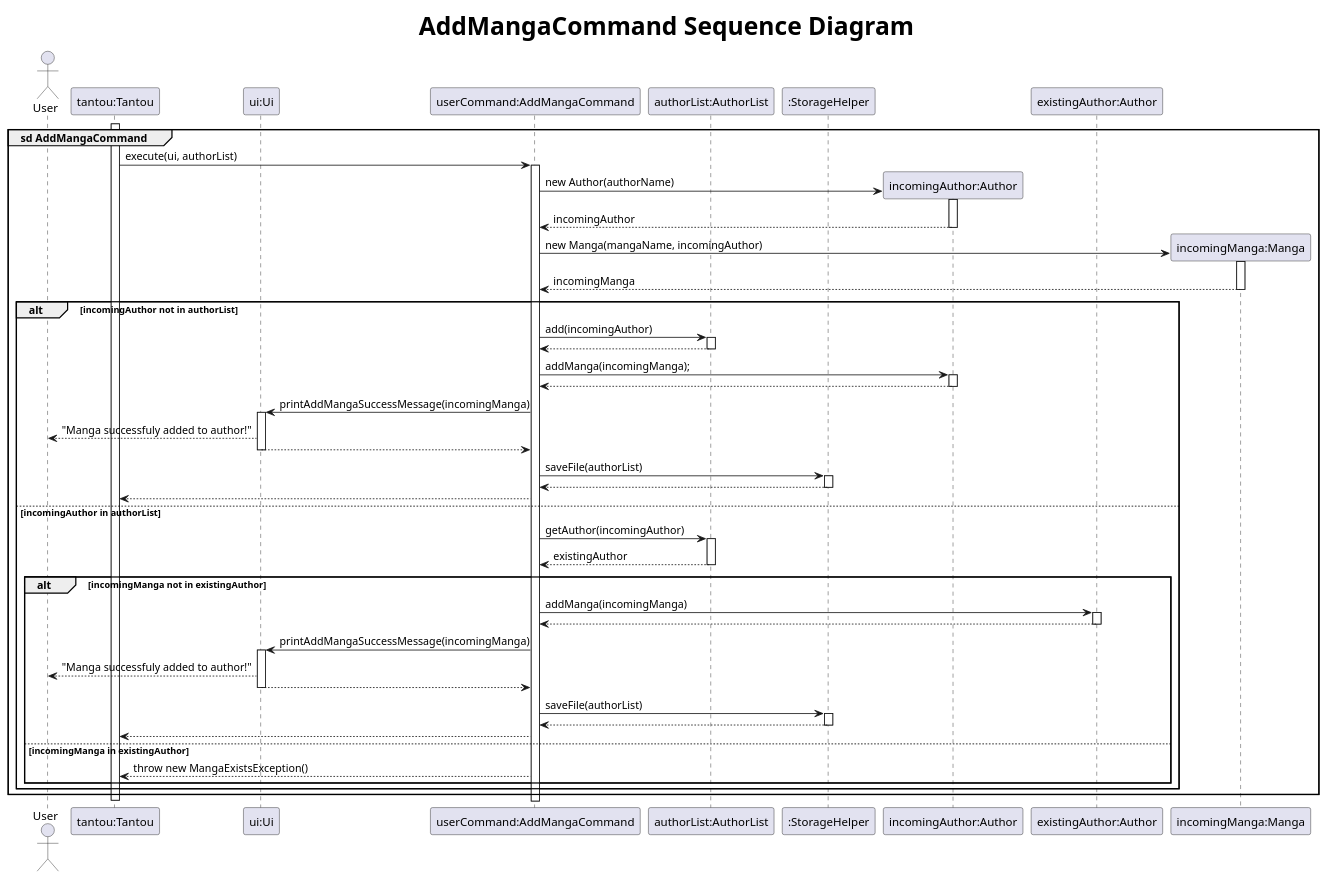
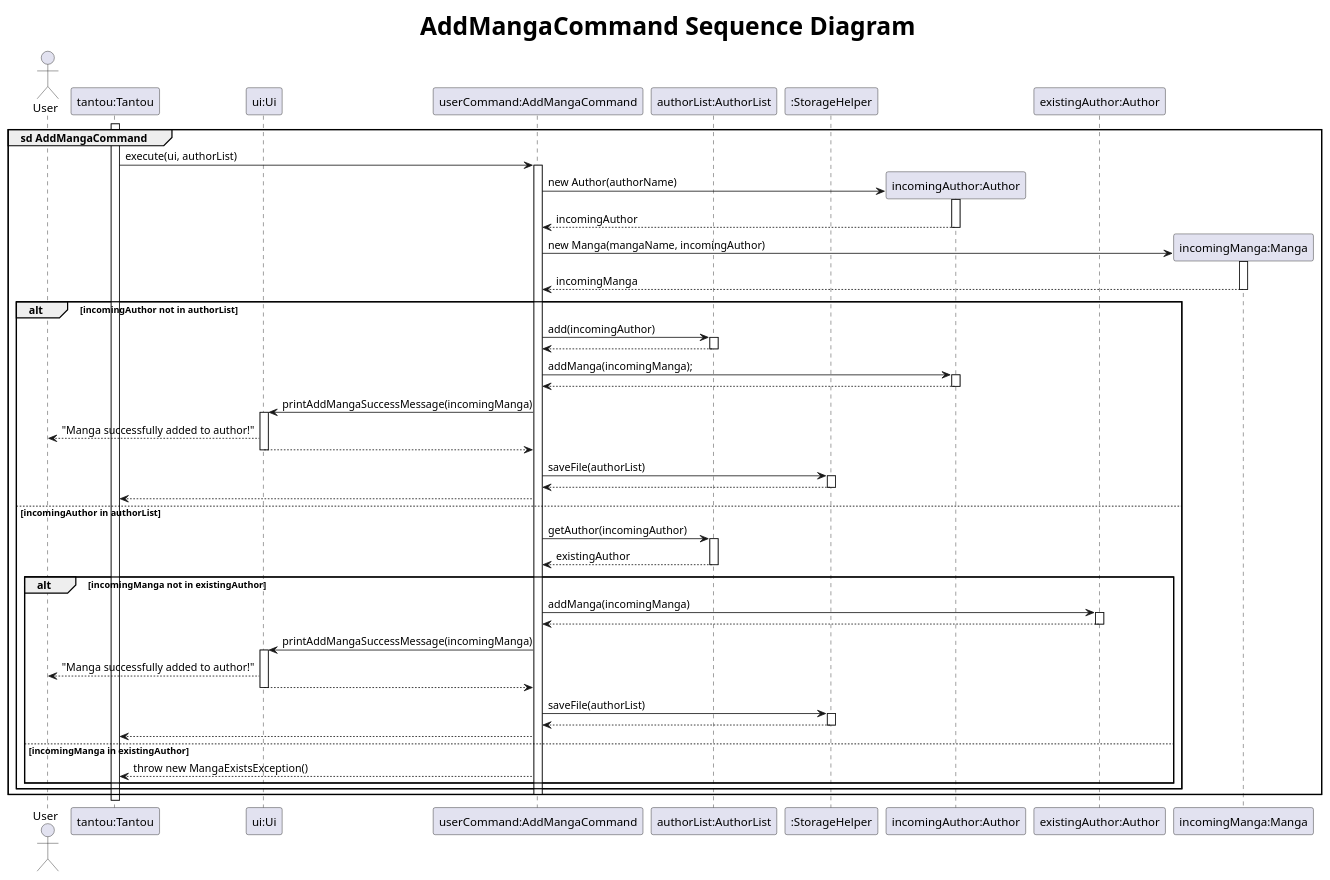
One commit to xenthm/tp changed the diagram in docs/uml/puml/AddMangaSequence.puml. Above: the diagram before and after it, drawn with PlantUML. The commit also changed 5 other files, not shown here.

Commit message:
Fix typos in sequence diagram

```diff
--- a/docs/uml/puml/AddMangaSequence.puml
+++ b/docs/uml/puml/AddMangaSequence.puml
@@ -1,86 +1,88 @@
 @startuml
 autoactivate off
 title <size:30> AddMangaCommand Sequence Diagram
 
 actor User
 participant "tantou:Tantou" as tantou
 participant "ui:Ui" as ui
 participant "userCommand:AddMangaCommand" as userCommand
 participant "authorList:AuthorList" as authorList
 participant ":StorageHelper" as storage
 participant "incomingAuthor:Author" as author
 participant "existingAuthor:Author" as existingAuthor
 participant "incomingManga:Manga" as manga
 
 activate tantou
 group sd AddMangaCommand
 
     tantou -> userCommand : execute(ui, authorList)
     activate userCommand
 
     create author
     userCommand -> author : new Author(authorName)
     activate author
     author --> userCommand : incomingAuthor
     deactivate author
 
     create manga
     userCommand -> manga : new Manga(mangaName, incomingAuthor)
     activate manga
     manga --> userCommand : incomingManga
     deactivate manga
 
     alt incomingAuthor not in authorList
         userCommand -> authorList : add(incomingAuthor)
         activate authorList
         authorList --> userCommand
         deactivate authorList
 
         userCommand -> author : addManga(incomingManga);
         activate author
         author --> userCommand
         deactivate author
 
         userCommand -> ui : printAddMangaSuccessMessage(incomingManga)
         activate ui
-        ui --> User : "Manga successfuly added to author!"
+        ui --> User : "Manga successfully added to author!"
         ui --> userCommand
         deactivate ui
 
         userCommand -> storage : saveFile(authorList)
         activate storage
         storage --> userCommand
         deactivate storage
         userCommand --> tantou
 
     else incomingAuthor in authorList
         userCommand -> authorList : getAuthor(incomingAuthor)
         activate authorList
         authorList --> userCommand : existingAuthor
         deactivate authorList
 
         alt incomingManga not in existingAuthor
             userCommand -> existingAuthor : addManga(incomingManga)
             activate existingAuthor
             existingAuthor --> userCommand
             deactivate existingAuthor
 
             userCommand -> ui : printAddMangaSuccessMessage(incomingManga)
             activate ui
-            ui --> User : "Manga successfuly added to author!"
+            ui --> User : "Manga successfully added to author!"
             ui --> userCommand
             deactivate ui
 
             userCommand -> storage : saveFile(authorList)
             activate storage
             storage --> userCommand
             deactivate storage
             userCommand --> tantou
         else incomingManga in existingAuthor
             userCommand --> tantou : throw new MangaExistsException()
         end
     end
+
+    deactivate userCommand
 end
 deactivate tantou
 autoactivate on
 @enduml
```
